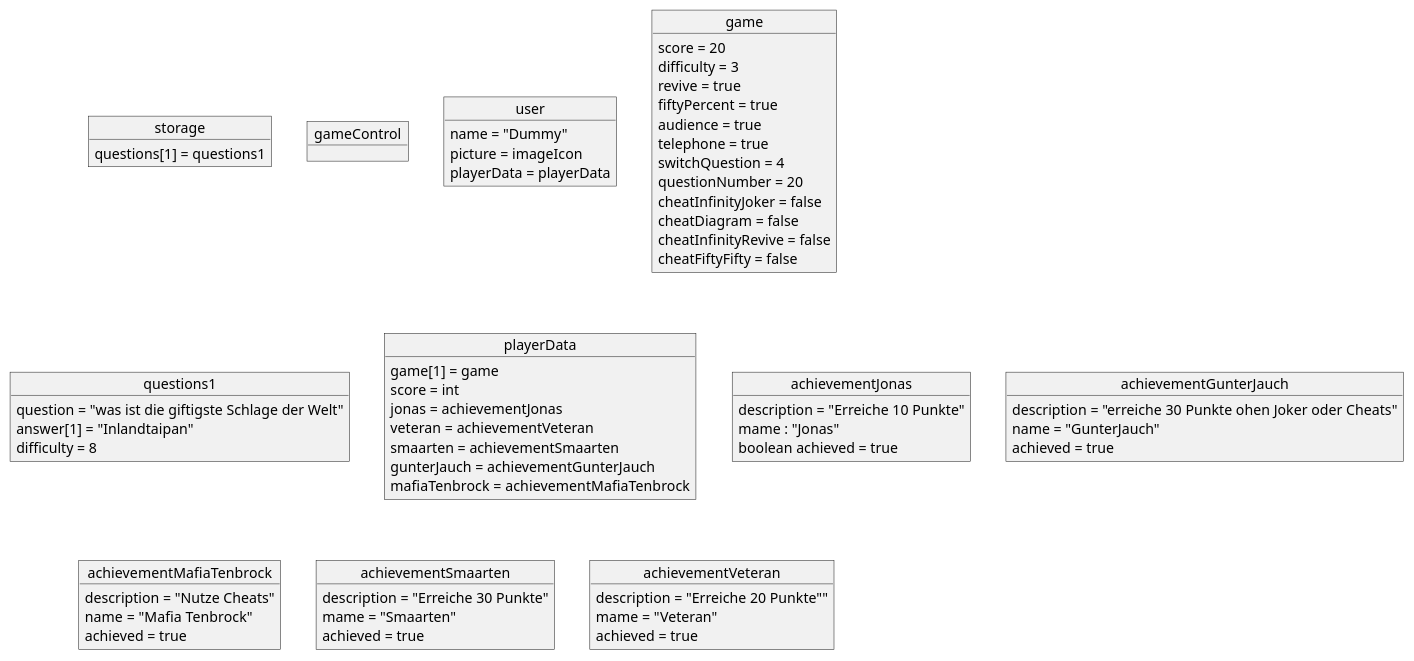
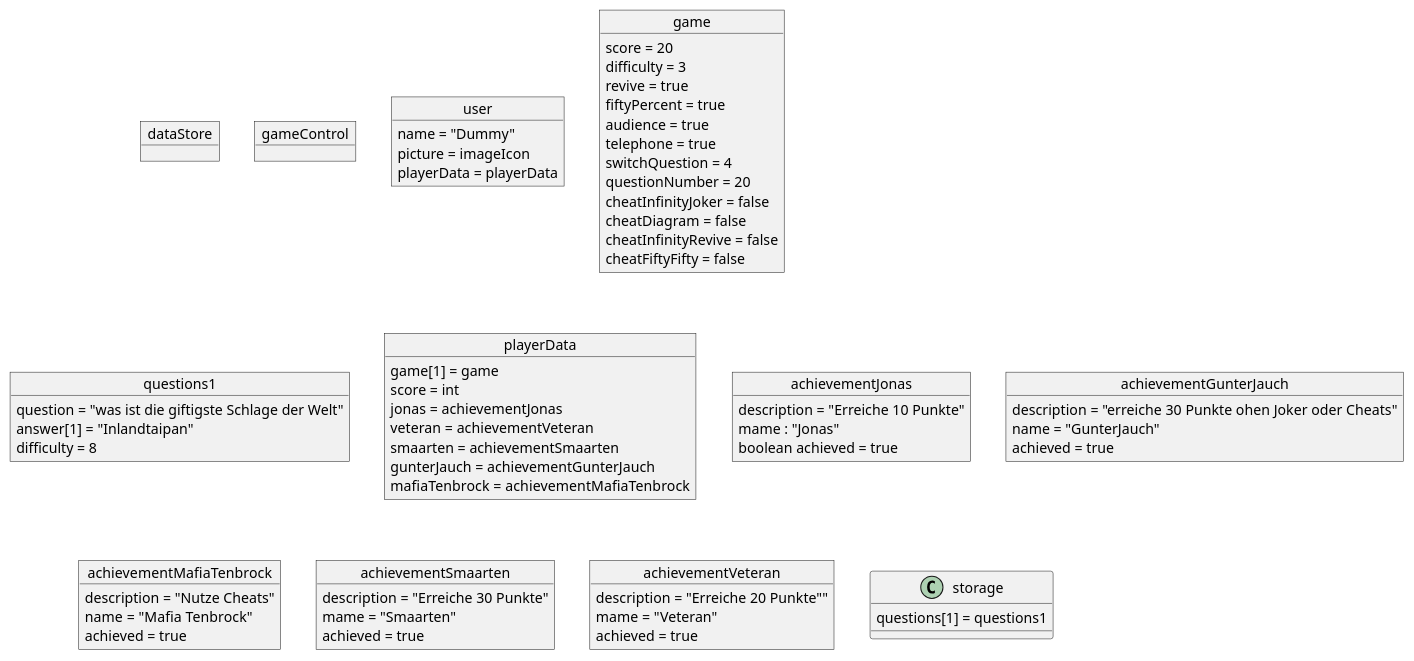
The diagram in doku/lastenheft/Diagramme/Objektdiagramm.puml (Stellaa1/dynamische-Datenstrukturen-Team-1), drawn with PlantUML before and after one commit.

Commit message:
+ change object storage → dataStore

```diff
--- a/doku/lastenheft/Diagramme/Objektdiagramm.puml
+++ b/doku/lastenheft/Diagramme/Objektdiagramm.puml
@@ -1,66 +1,66 @@
 @startuml
-object storage
+object dataStore
 object gameControl
 object user
 object game
 object questions1
 object playerData
 object achievementJonas
 object achievementGunterJauch
 object achievementMafiaTenbrock
 object achievementSmaarten
 object achievementVeteran
 
 user : name = "Dummy"
 user : picture = imageIcon
 user : playerData = playerData
 
 questions1 : question = "was ist die giftigste Schlage der Welt"
 questions1 : answer[1] = "Inlandtaipan"
 questions1 : difficulty = 8
 
 game : score = 20
 game : difficulty = 3
 game : revive = true
 game : fiftyPercent = true
 game : audience = true
 game : telephone = true
 game : switchQuestion = 4
 game : questionNumber = 20
 game : cheatInfinityJoker = false
 game : cheatDiagram = false
 game : cheatInfinityRevive = false
 game : cheatFiftyFifty = false
 
 storage : questions[1] = questions1
 
 achievementJonas : description = "Erreiche 10 Punkte"
 achievementJonas : mame : "Jonas"
 achievementJonas : boolean achieved = true
 
 achievementVeteran : description = "Erreiche 20 Punkte""
 achievementVeteran : mame = "Veteran"
 achievementVeteran : achieved = true
 
 achievementSmaarten : description = "Erreiche 30 Punkte"
 achievementSmaarten : mame = "Smaarten"
 achievementSmaarten : achieved = true
 
 achievementMafiaTenbrock :  description = "Nutze Cheats"
 achievementMafiaTenbrock : name = "Mafia Tenbrock"
 achievementMafiaTenbrock : achieved = true
 
 achievementGunterJauch : description = "erreiche 30 Punkte ohen Joker oder Cheats"
 achievementGunterJauch : name = "GunterJauch"
 achievementGunterJauch : achieved = true
 
 playerData : game[1] = game
 playerData :  score = int
 playerData :  jonas = achievementJonas
 playerData : veteran = achievementVeteran
 playerData : smaarten = achievementSmaarten
 playerData :  gunterJauch = achievementGunterJauch
 playerData :  mafiaTenbrock = achievementMafiaTenbrock
 
 
 @enduml
```
